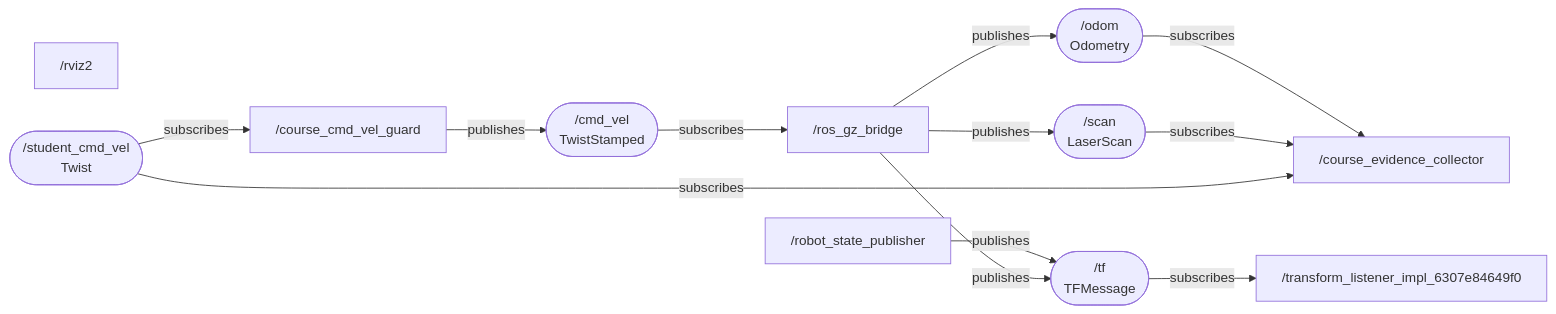
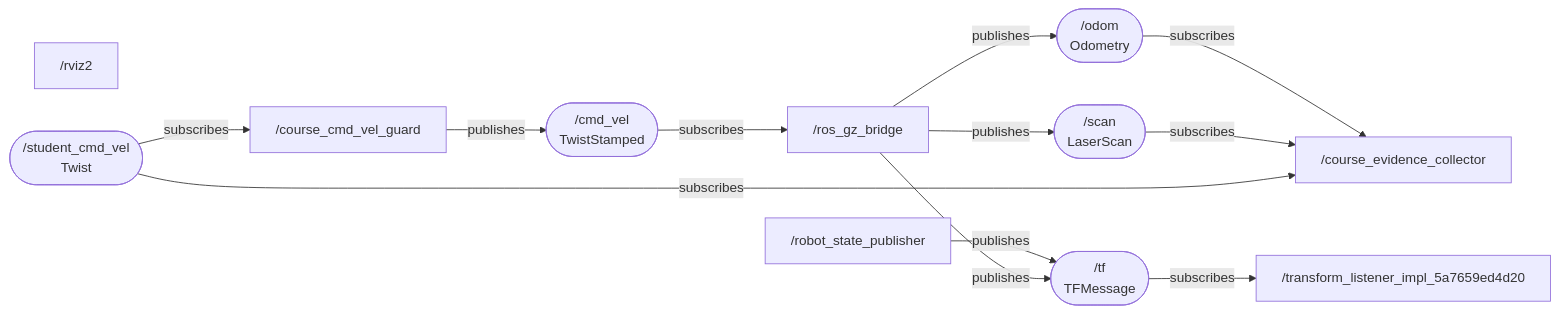
One commit to JonathanNg123/robotics-fall2026 changed the diagram in week01_ros_foundations/student_submission/mission_1/ros_system_diagram.md. Above: the diagram before and after it, drawn with Mermaid. The commit also changed 4 other files, not shown here.

````diff
--- a/week01_ros_foundations/student_submission/mission_1/ros_system_diagram.md
+++ b/week01_ros_foundations/student_submission/mission_1/ros_system_diagram.md
@@ -3,25 +3,25 @@
 ```mermaid
 flowchart LR
   n0["/course_cmd_vel_guard"]
   n1["/course_evidence_collector"]
   n2["/robot_state_publisher"]
   n3["/ros_gz_bridge"]
   n4["/rviz2"]
-  n5["/transform_listener_impl_6307e84649f0"]
+  n5["/transform_listener_impl_5a7659ed4d20"]
   t0(["/cmd_vel<br/>TwistStamped"])
   n0 -->|publishes| t0
   t0 -->|subscribes| n3
   t1(["/odom<br/>Odometry"])
   n3 -->|publishes| t1
   t1 -->|subscribes| n1
   t2(["/scan<br/>LaserScan"])
   n3 -->|publishes| t2
   t2 -->|subscribes| n1
   t3(["/student_cmd_vel<br/>Twist"])
   t3 -->|subscribes| n0
   t3 -->|subscribes| n1
   t4(["/tf<br/>TFMessage"])
   n2 -->|publishes| t4
   n3 -->|publishes| t4
   t4 -->|subscribes| n5
 ```
````
